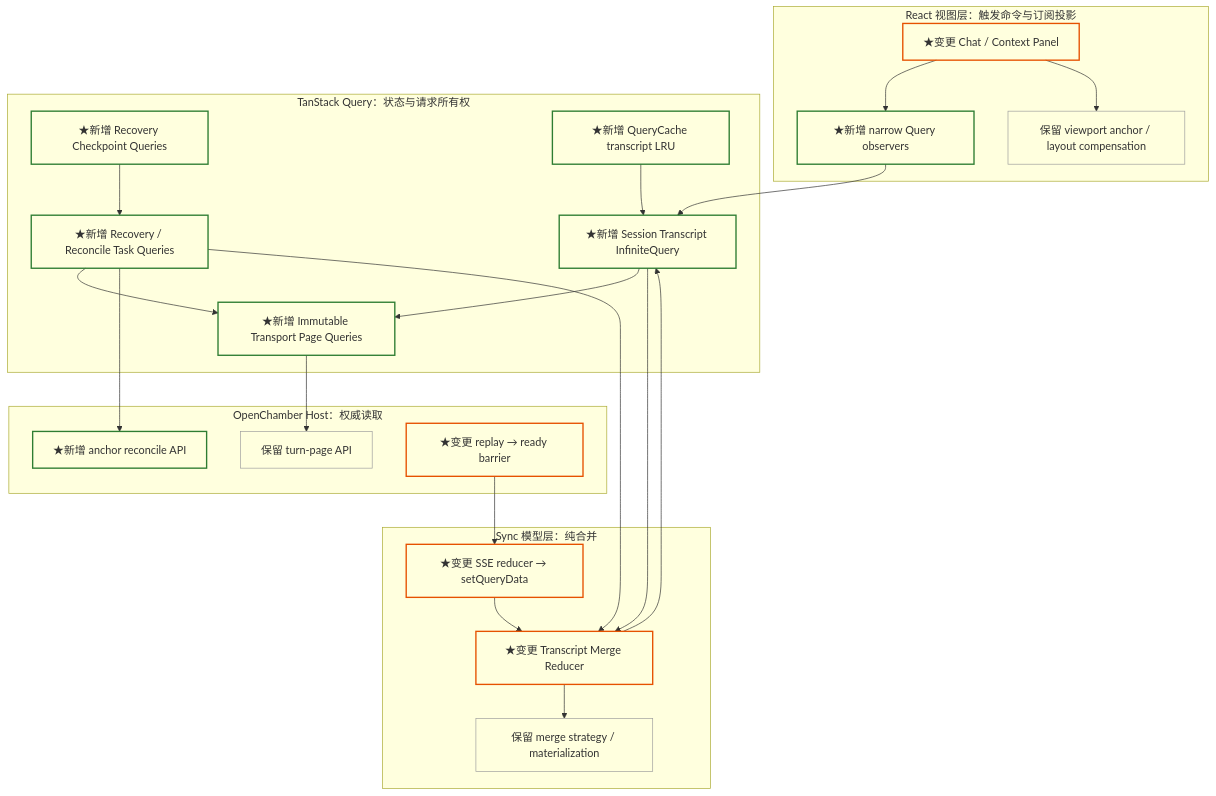
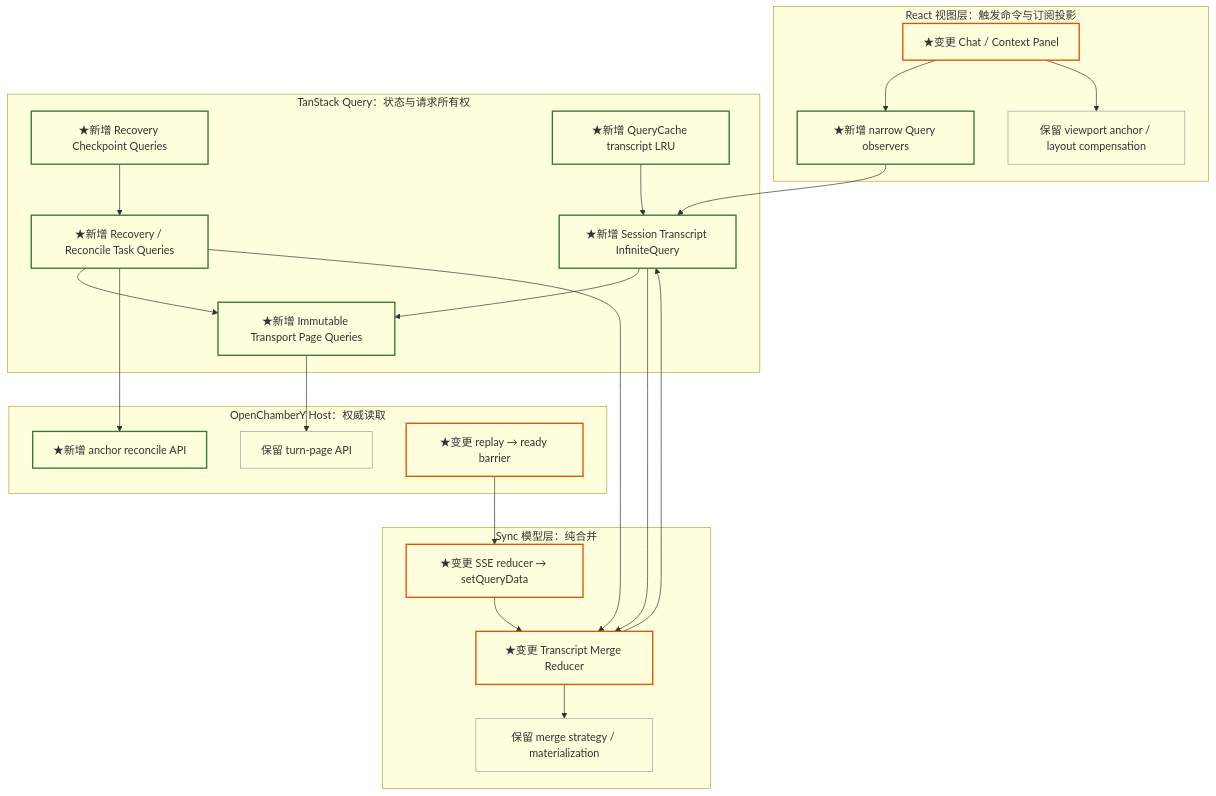
Before and after one commit to yee94/openchambery: the first of 3 diagrams in docs/session-transcript-query-rearchitecture-plan.md, drawn with Mermaid. The commit also changed other lines of this file and 84 other files, not shown here.

````diff
--- a/docs/session-transcript-query-rearchitecture-plan.md
+++ b/docs/session-transcript-query-rearchitecture-plan.md
@@ -106,46 +106,46 @@
 ```mermaid
 flowchart TD
     classDef same fill:none,stroke:#9E9E9E
     classDef change fill:none,stroke:#E65100,stroke-width:2px
     classDef new fill:none,stroke:#2E7D32,stroke-width:2px
 
     subgraph UI ["React 视图层：触发命令与订阅投影"]
         CHAT["★变更 Chat / Context Panel"]:::change
         OBS["★新增 narrow Query observers"]:::new
         VIEWPORT["保留 viewport anchor / layout compensation"]:::same
     end
 
     subgraph QUERY ["TanStack Query：状态与请求所有权"]
         INF["★新增 Session Transcript InfiniteQuery"]:::new
         PAGE["★新增 Immutable Transport Page Queries"]:::new
         TASK["★新增 Recovery / Reconcile Task Queries"]:::new
         CHECKPOINT["★新增 Recovery Checkpoint Queries"]:::new
         LRU["★新增 QueryCache transcript LRU"]:::new
     end
 
     subgraph SYNC ["Sync 模型层：纯合并"]
         MERGE["★变更 Transcript Merge Reducer"]:::change
         STRATEGY["保留 merge strategy / materialization"]:::same
         SSE["★变更 SSE reducer → setQueryData"]:::change
     end
 
-    subgraph HOST ["OpenChamber Host：权威读取"]
+    subgraph HOST ["OpenChamberY Host：权威读取"]
         TURN["保留 turn-page API"]:::same
         REC["★新增 anchor reconcile API"]:::new
         STREAM["★变更 replay → ready barrier"]:::change
     end
 
     CHAT --> OBS --> INF
     CHAT --> VIEWPORT
     INF --> PAGE --> TURN
     TASK --> PAGE
     TASK --> REC
     INF --> MERGE
     TASK --> MERGE
     SSE --> MERGE
     MERGE --> STRATEGY
     MERGE --> INF
     STREAM --> SSE
     CHECKPOINT --> TASK
     LRU --> INF
 ```
````
